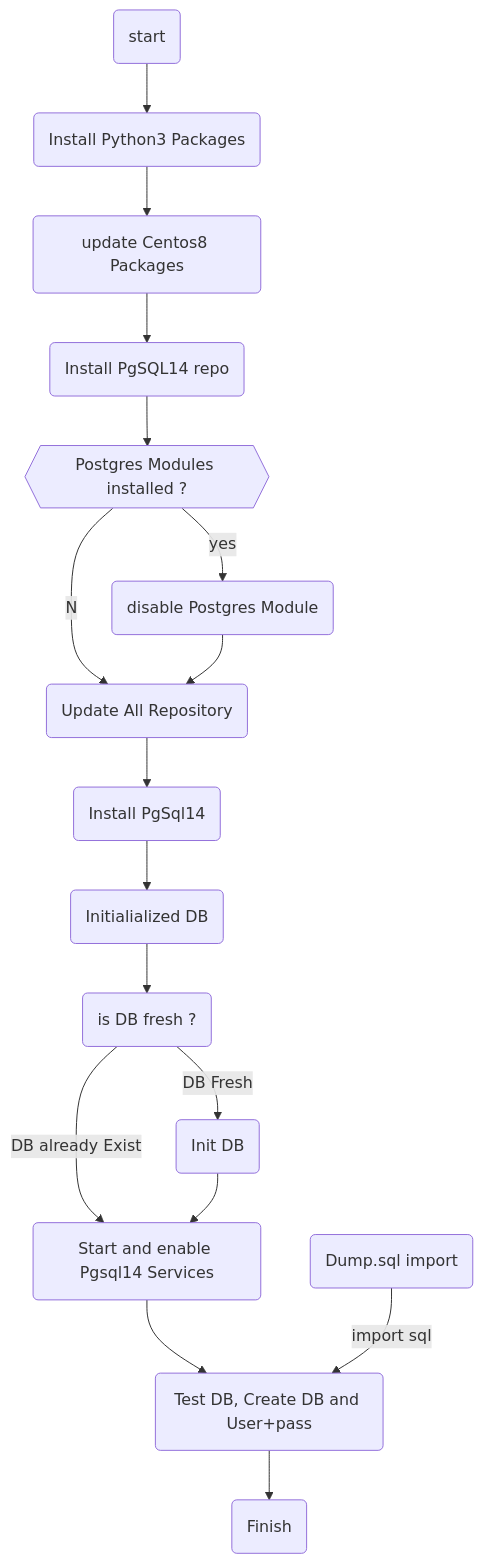
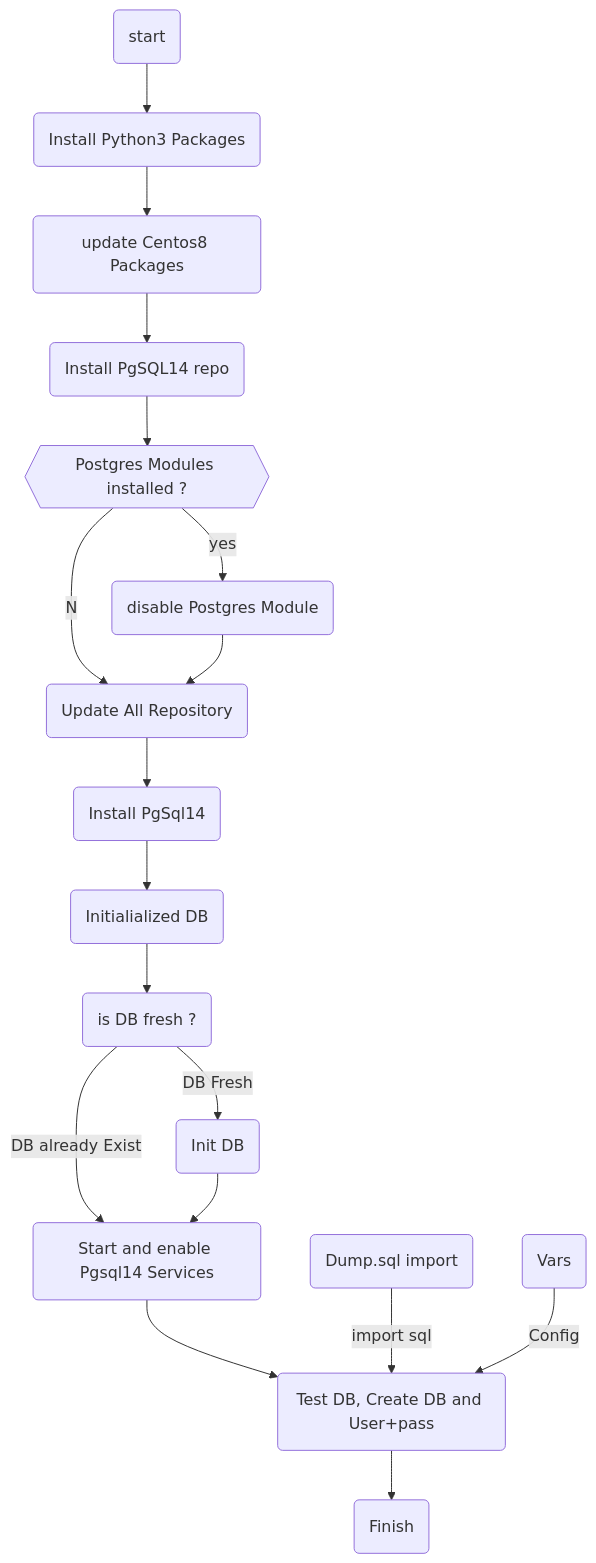
The diagram in README.md (t3mp30r3k/Ansible-Cent8_PgSql14), drawn with Mermaid before and after one commit. The commit also changed other lines of this file, not shown here.

````diff
--- a/README.md
+++ b/README.md
@@ -10,25 +26,28 @@
 ```mermaid
 flowchart TD;
 A(start) --> B(Install Python3 Packages)
 B-->C(update Centos8 Packages)
 C-->D(Install PgSQL14 repo)
 D-->E{{Postgres Modules installed ?}}
 E--yes-->F(disable Postgres Module)
 E--No-->G(Update All Repository)
 F-->G
 G-->H(Install PgSql14)
 H-->I(Initialialized DB)
 I-->J(is DB fresh ?)
 J--DB already Exist-->K(Start and enable Pgsql14 Services)
 J--DB Fresh-->L(Init DB)
 L-->K
 K-->M(Test DB, Create DB and User+pass)
 N(Dump.sql import) --import sql-->M
 M-->O(Finish)
+P(Vars)--Config-->M
+
+
 
 
 
 
 
 
 ```
````
